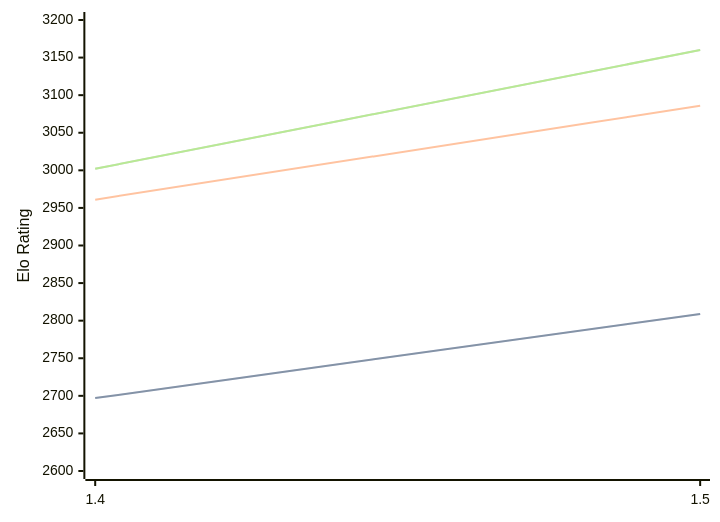
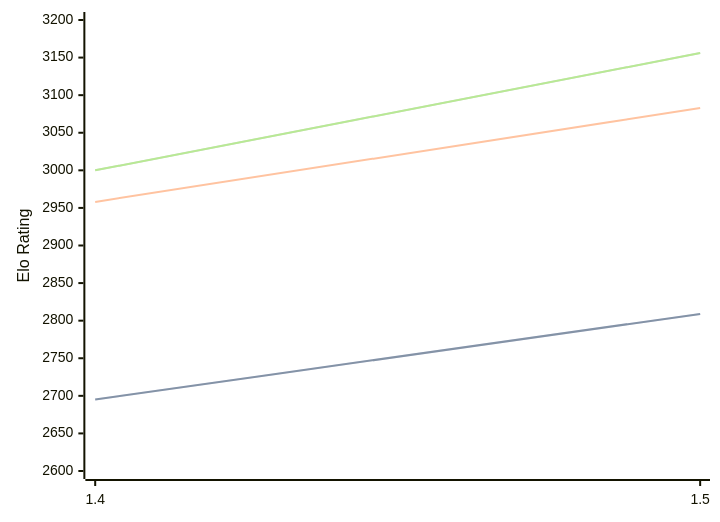
Before and after one commit to computer-chess-index/cci: the diagram in engines/Yakka.md, drawn with Mermaid. The commit also changed other lines of this file, not shown here.

Commit message:
Update CCI Ratings (ELO VLTC) - 2026-03-10

````diff
--- a/engines/Yakka.md
+++ b/engines/Yakka.md
@@ -34,11 +34,11 @@
 ```mermaid
 %%{init: {"theme":"base","themeVariables":{"seriesColors:['#a3a3a3','#222221','#faa371']}}}%%
 xychart-beta
   x-axis ["1.4", "1.5"]
   y-axis "Elo Rating" 2600 --> 3200
-  line "STC (8.0+0.08s)" [2697, 2809]
-  line "STC (8.0+0.08s)" [2697, 2809]
-  line "LTC (60.0+0.60s)" [2961, 3086]
-  line "VLTC (2m24s+1.12s)" [3002, 3160]
-  line "VLTC (2m24s+1.12s)" [3002, 3160]
+  line "STC (8.0+0.08s)" [2695, 2809]
+  line "STC (8.0+0.08s)" [2695, 2809]
+  line "LTC (60.0+0.60s)" [2958, 3083]
+  line "VLTC (2m24s+1.12s)" [3000, 3156]
+  line "VLTC (2m24s+1.12s)" [3000, 3156]
 ```
````
